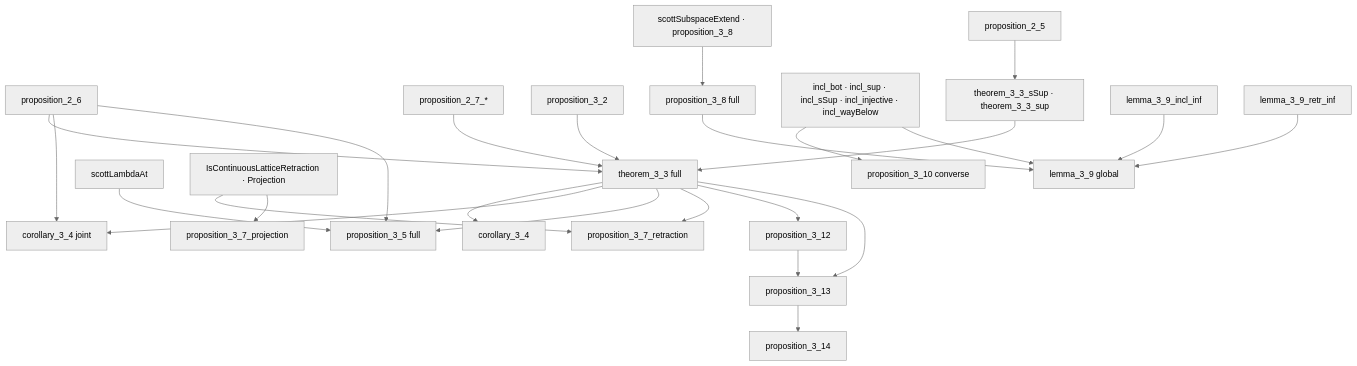
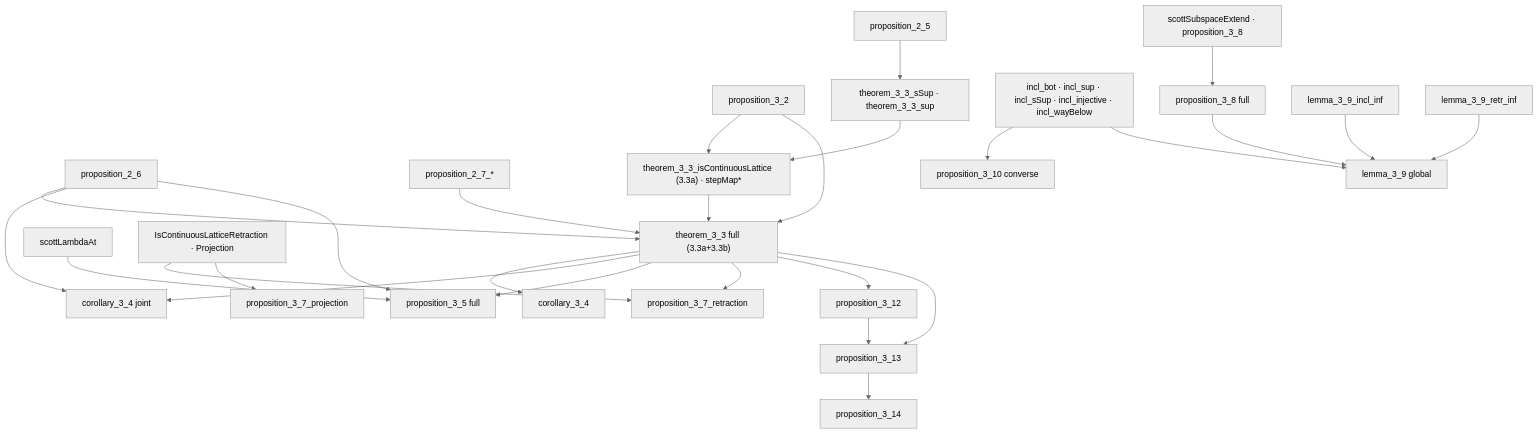
One commit to catskillsresearch/domain_theory changed the fifth of 8 diagrams in arxiv.md. Above: the diagram before and after it, drawn with Mermaid (neutral theme). The commit also changed other lines of this file and 1 other file, not shown here.

First line of the commit message:
feat(FunctionSpaces): prove Theorem 3.3(a) — [D→D'] is a continuous lattice

````diff
--- a/arxiv.md
+++ b/arxiv.md
@@ -323,51 +324,54 @@
 ```mermaid
 flowchart TD
   P25["proposition_2_5"]
   P26["proposition_2_6"]
   P27["proposition_2_7_*"]
   P32["proposition_3_2"]
   T33c["theorem_3_3_sSup · theorem_3_3_sup"]
-  T33["theorem_3_3 full"]
+  T33a["theorem_3_3_isContinuousLattice (3.3a) · stepMap*"]
+  T33["theorem_3_3 full (3.3a+3.3b)"]
   C34x["corollary_3_4"]
   C34j["corollary_3_4 joint"]
   P35r["scottLambdaAt"]
   P35["proposition_3_5 full"]
   P37r["proposition_3_7_retraction"]
   P37p["proposition_3_7_projection"]
   D36["IsContinuousLatticeRetraction · Projection"]
   P310f["incl_bot · incl_sup · incl_sSup · incl_injective · incl_wayBelow"]
   P310c["proposition_3_10 converse"]
   P38p["scottSubspaceExtend · proposition_3_8"]
   P38["proposition_3_8 full"]
   L39i["lemma_3_9_incl_inf"]
   L39r["lemma_3_9_retr_inf"]
   L39["lemma_3_9 global"]
   P312["proposition_3_12"]
   P313["proposition_3_13"]
   P314["proposition_3_14"]
 
   P25 --> T33c
+  T33c --> T33a
+  P32 --> T33a
+  T33a --> T33
   P26 --> T33
   P27 --> T33
-  T33c --> T33
   T33 --> C34x
   P26 --> C34j
   T33 --> C34j
   T33 --> P35
   P26 --> P35
   P35r --> P35
   D36 --> P37r
   D36 --> P37p
   T33 --> P37r
   T33 --> P312
   P310f --> P310c
   P310f --> L39
   P38p --> P38
   P38 --> L39
   L39i --> L39
   L39r --> L39
   T33 --> P313
   P313 --> P314
   P312 --> P313
   P32 --> T33
 ```
````
